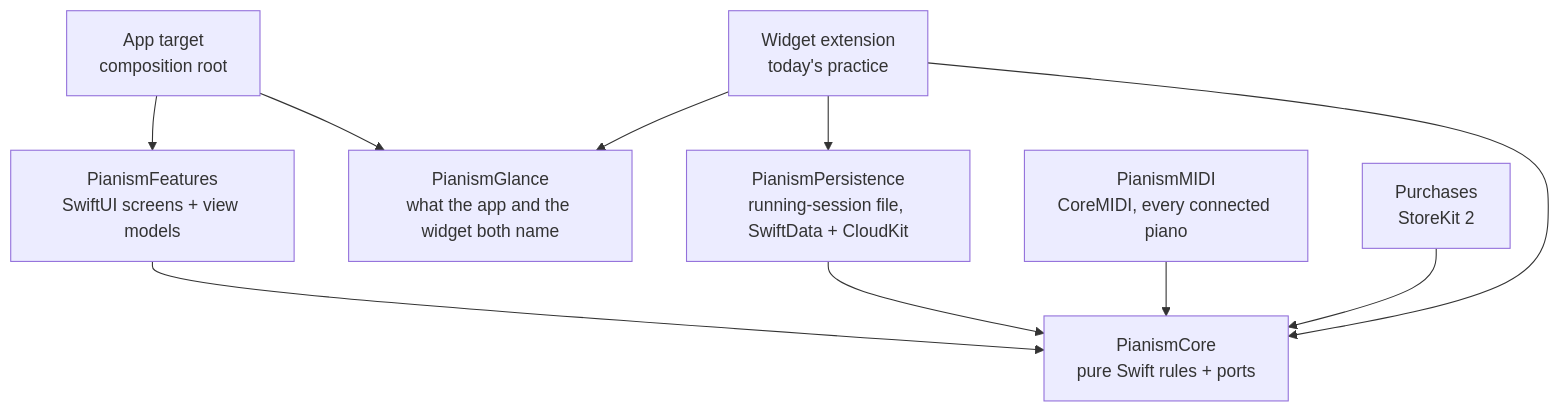
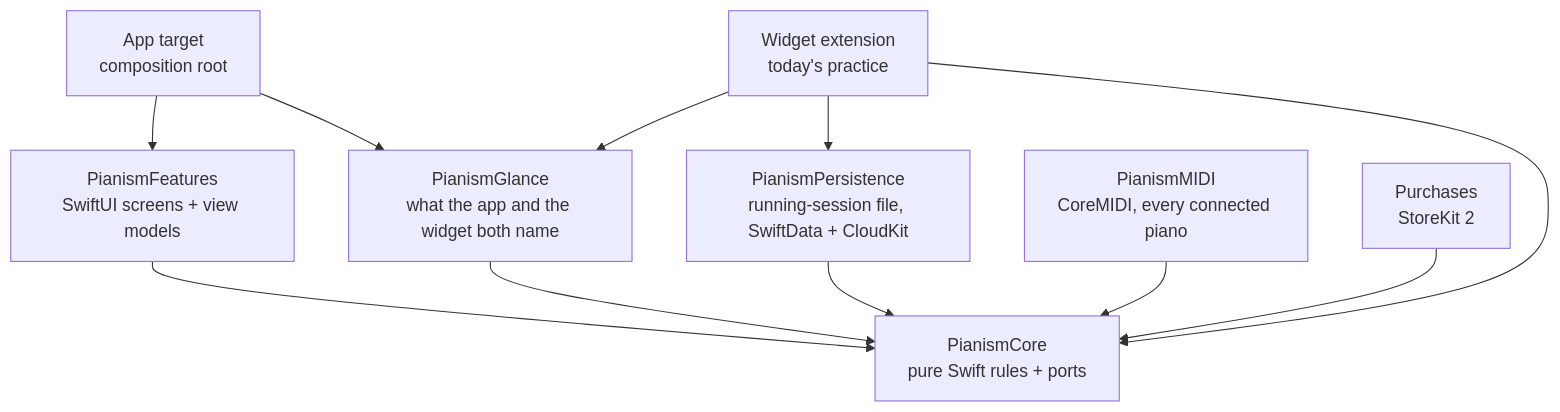
The diagram in README.md (ed-karabinus/pianism), drawn with Mermaid before and after one commit. The commit also changed 20 other files, not shown here.

````diff
--- a/README.md
+++ b/README.md
@@ -19,14 +19,15 @@
 ```mermaid
 flowchart TB
     app["App target<br/>composition root"] --> features
     app --> glance
     widget["Widget extension<br/>today's practice"] --> glance
     widget --> persistence
     widget --> core
+    glance --> core
     glance["PianismGlance<br/>what the app and the widget both name"]
     features["PianismFeatures<br/>SwiftUI screens + view models"] --> core
     persistence["PianismPersistence<br/>running-session file, SwiftData + CloudKit"] --> core
     midi["PianismMIDI<br/>CoreMIDI, every connected piano"] --> core
     purchases["Purchases<br/>StoreKit 2"] --> core
     core["PianismCore<br/>pure Swift rules + ports"]
 ```
````
